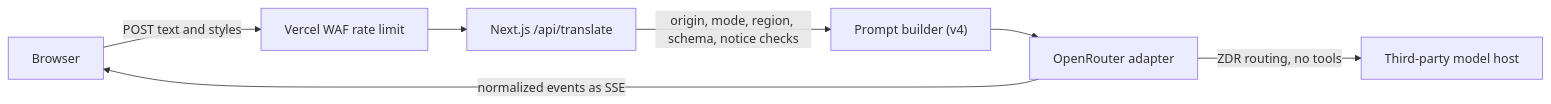
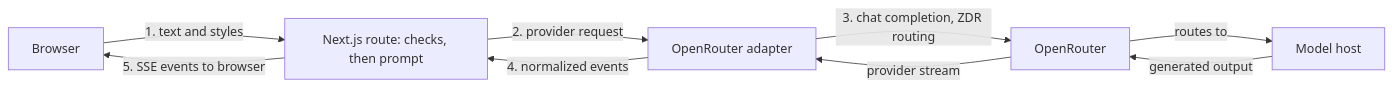
One commit to edumarcano/mimus changed the diagram in README.md. Above: the diagram before and after it, drawn with Mermaid. The commit also changed other lines of this file and 1 other file, not shown here.

Commit message:
docs: correct request and streaming diagrams, privacy wording, README header

````diff
--- a/README.md
+++ b/README.md
@@ -46,9 +48,11 @@
 ```mermaid
 flowchart LR
-  Browser -->|"POST text and styles"| WAF["Vercel WAF rate limit"]
-  WAF --> Route["Next.js /api/translate"]
-  Route -->|"origin, mode, region, schema, notice checks"| Prompt["Prompt builder (v4)"]
-  Prompt --> Adapter["OpenRouter adapter"]
-  Adapter -->|"ZDR routing, no tools"| Host["Third-party model host"]
-  Adapter -->|"normalized events as SSE"| Browser
+  Browser -->|"1. text and styles"| Route["Next.js route: checks, then prompt"]
+  Route -->|"2. provider request"| Adapter["OpenRouter adapter"]
+  Adapter -->|"3. chat completion, ZDR routing"| OpenRouter["OpenRouter"]
+  OpenRouter -->|"routes to"| Host["Model host"]
+  Host -->|"generated output"| OpenRouter
+  OpenRouter -->|"provider stream"| Adapter
+  Adapter -->|"4. normalized events"| Route
+  Route -->|"5. SSE events to browser"| Browser
 ```
````
